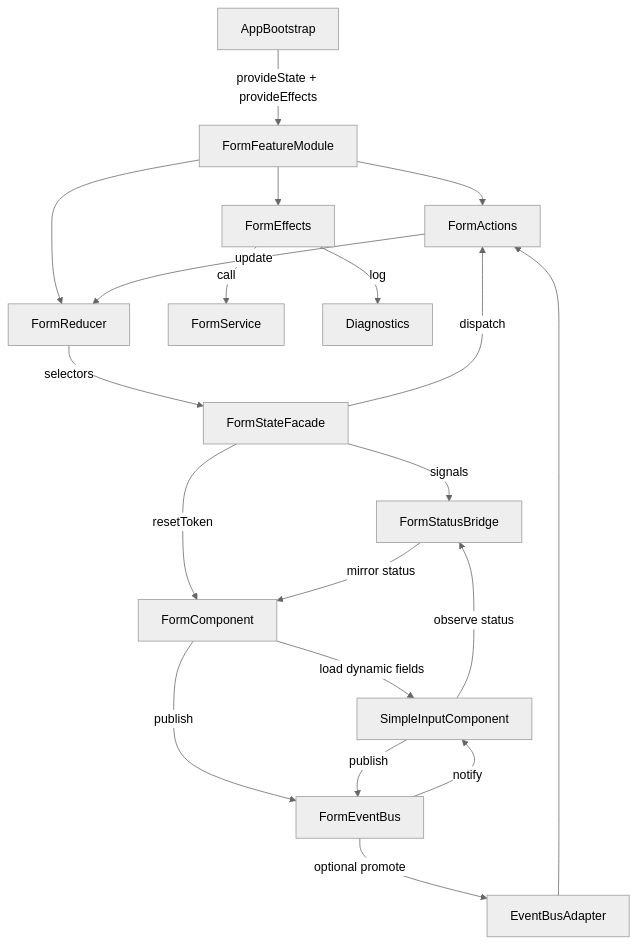
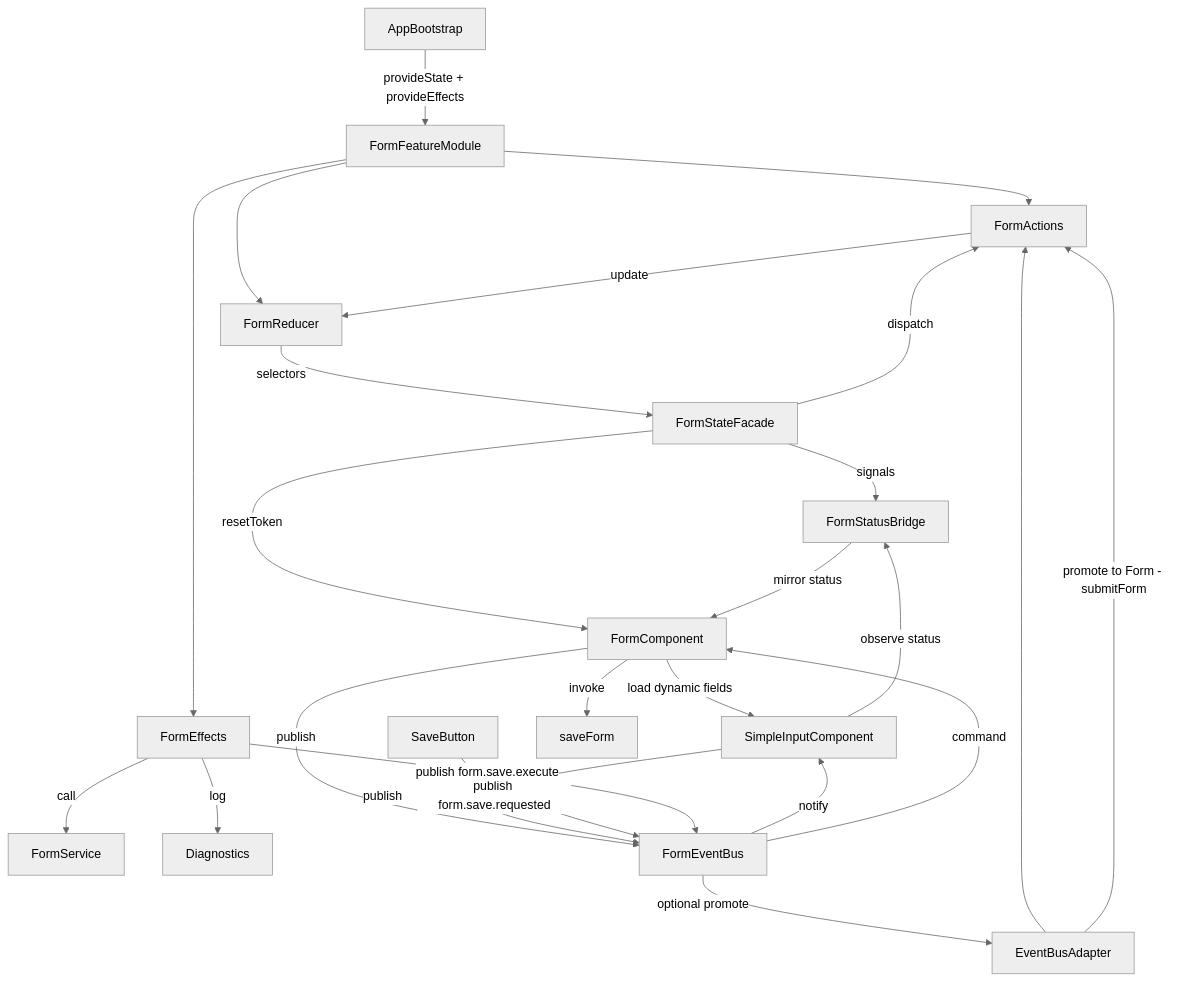
Before and after one commit to redbox-mint/redbox-portal: the diagram in support/specs/form-status-events-management/design.md, drawn with Mermaid (neutral theme). The commit also changed other lines of this file and 10 other files, not shown here.

First line of the commit message:
feat: [11-13] implement form save event handling via EventBus and NgRx effects

````diff
--- a/support/specs/form-status-events-management/design.md
+++ b/support/specs/form-status-events-management/design.md
@@ -13,21 +13,26 @@
 ```mermaid
 graph TD
   AppBootstrap -->|provideState + provideEffects| FormFeatureModule
   FormFeatureModule --> FormActions
   FormFeatureModule --> FormReducer
   FormFeatureModule --> FormEffects
   FormEffects -->|call| FormService
   FormEffects -->|log| Diagnostics
   FormActions -->|update| FormReducer
   FormReducer -->|selectors| FormStateFacade
   FormStateFacade -->|signals| FormStatusBridge
   FormStateFacade -->|dispatch| FormActions
   FormStateFacade -->|resetToken| FormComponent
   FormComponent -->|load dynamic fields| SimpleInputComponent
   FormComponent -->|publish| FormEventBus
   FormEventBus -->|notify| SimpleInputComponent
   FormEventBus -->|optional promote| EventBusAdapter --> FormActions
   SimpleInputComponent -->|observe status| FormStatusBridge
   SimpleInputComponent -->|publish| FormEventBus
   FormStatusBridge -->|mirror status| FormComponent
+  SaveButton -->|publish form.save.requested| FormEventBus
+  EventBusAdapter -->|promote to Form - submitForm| FormActions
+  FormEffects -->|publish form.save.execute| FormEventBus
+  FormEventBus -->|command| FormComponent
+  FormComponent -->|invoke| saveForm
 ```
````
